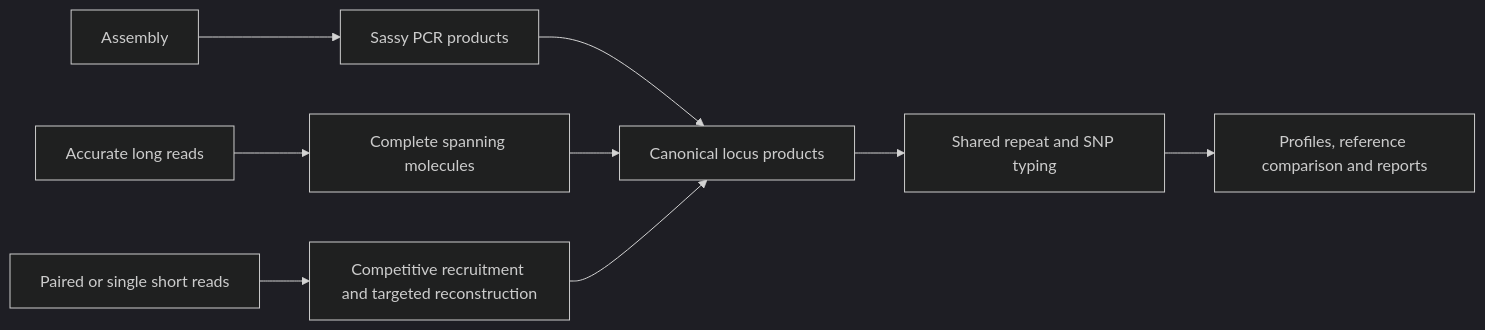
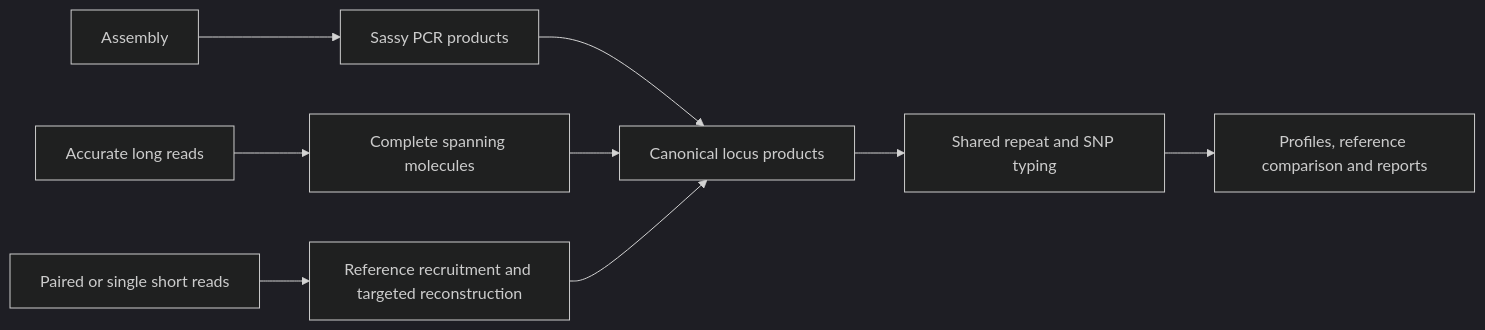
One commit to microbemarsh/mlvamaps changed the diagram in README.md. Above: the diagram before and after it, drawn with Mermaid (dark theme). The commit also changed other lines of this file and 22 other files, not shown here.

````diff
--- a/README.md
+++ b/README.md
@@ -13,11 +13,11 @@
 ```mermaid
 flowchart LR
   A[Assembly] --> P[Sassy PCR products]
   L[Accurate long reads] --> M[Complete spanning molecules]
-  S[Paired or single short reads] --> E[Competitive recruitment and targeted reconstruction]
+  S[Paired or single short reads] --> E[Reference recruitment and targeted reconstruction]
   P --> C[Canonical locus products]
   M --> C
   C --> G[Shared repeat and SNP typing]
   G --> O[Profiles, reference comparison and reports]
   E --> C
 ```
````
